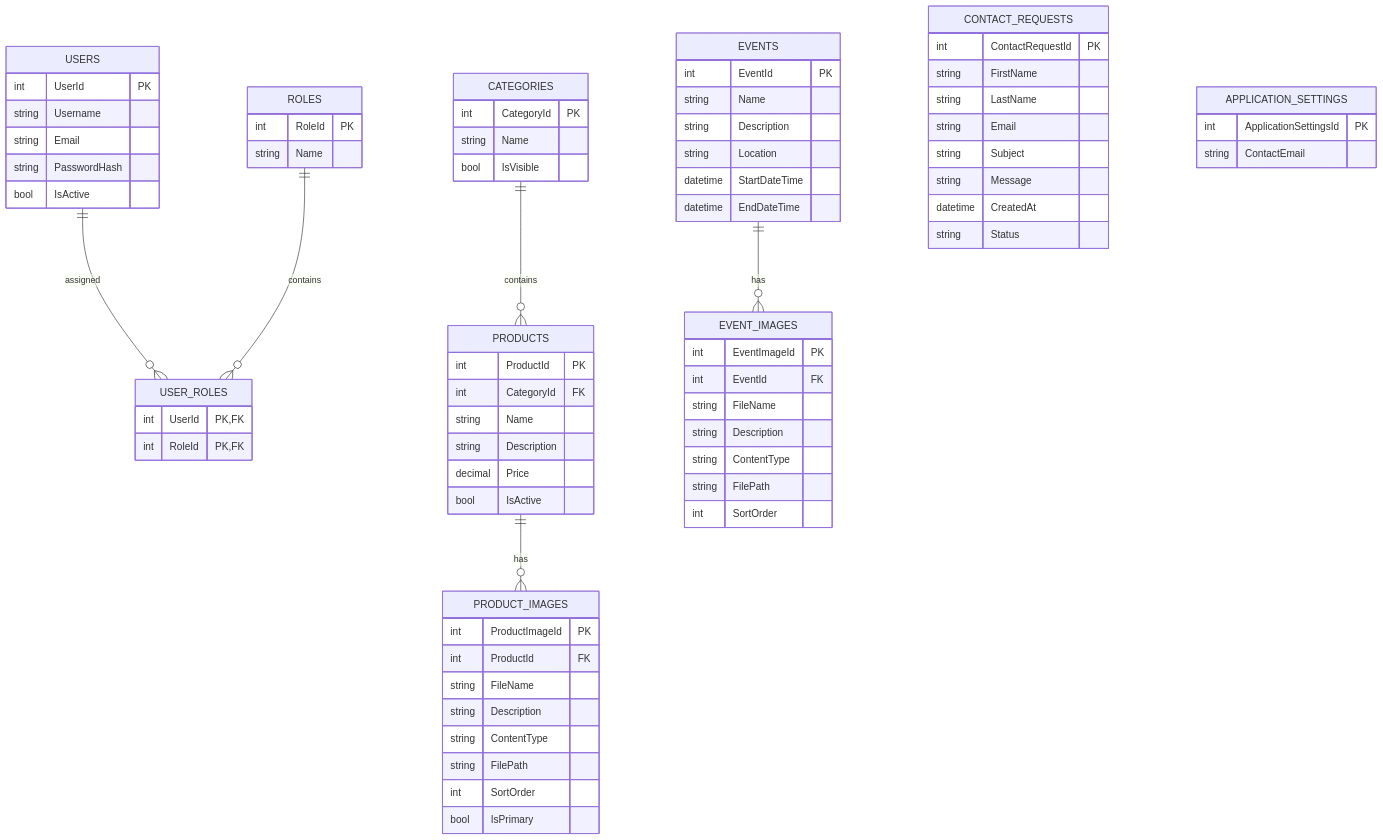
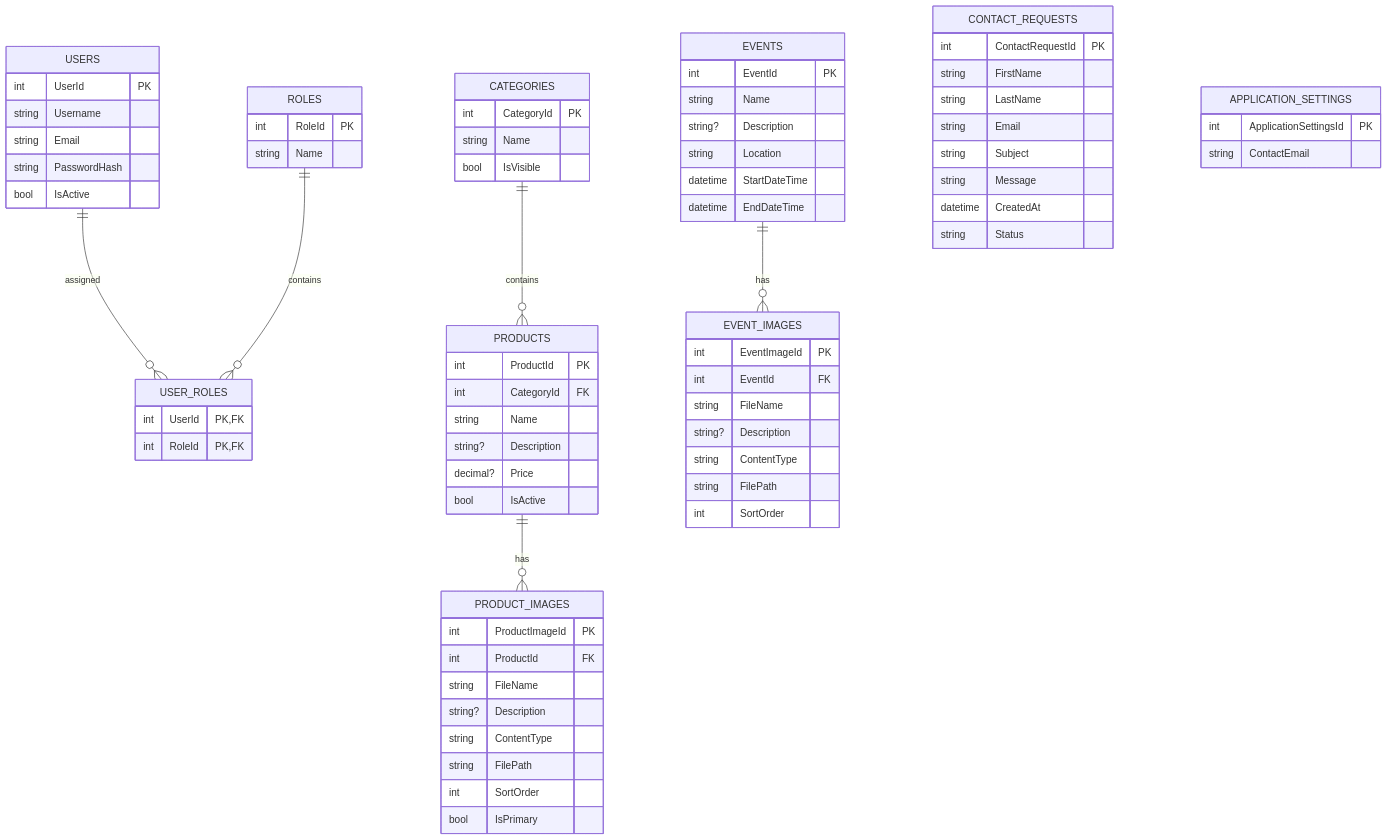
One commit to SchuelerfirmaBBS1/Webseite_Schuelerfirma_04 changed the diagram in documentation/UMLEntityRelationshipDiagramm.mmd. Above: the diagram before and after it, drawn with Mermaid.

```diff
--- a/documentation/UMLEntityRelationshipDiagramm.mmd
+++ b/documentation/UMLEntityRelationshipDiagramm.mmd
@@ -1,87 +1,87 @@
 erDiagram
 
     USERS {
         int UserId PK
         string Username
         string Email
         string PasswordHash
         bool IsActive
     }
 
     ROLES {
         int RoleId PK
         string Name
     }
 
     USER_ROLES {
         int UserId PK, FK
         int RoleId PK, FK
     }
 
     CATEGORIES {
         int CategoryId PK
         string Name
         bool IsVisible
     }
 
     PRODUCTS {
         int ProductId PK
         int CategoryId FK
         string Name
-        string Description
-        decimal Price
+        string? Description
+        decimal? Price
         bool IsActive
     }
 
     PRODUCT_IMAGES {
         int ProductImageId PK
         int ProductId FK
         string FileName
-        string Description
+        string? Description
         string ContentType
         string FilePath
         int SortOrder
         bool IsPrimary
     }
 
     EVENTS {
         int EventId PK
         string Name
-        string Description
+        string? Description
         string Location
         datetime StartDateTime
         datetime EndDateTime
     }
 
     EVENT_IMAGES {
         int EventImageId PK
         int EventId FK
         string FileName
-        string Description
+        string? Description
         string ContentType
         string FilePath
         int SortOrder
     }
 
     CONTACT_REQUESTS {
         int ContactRequestId PK
         string FirstName
         string LastName
         string Email
         string Subject
         string Message
         datetime CreatedAt
         string Status
     }
 
     APPLICATION_SETTINGS {
         int ApplicationSettingsId PK
         string ContactEmail
     }
 
     CATEGORIES ||--o{ PRODUCTS : contains
     PRODUCTS ||--o{ PRODUCT_IMAGES : has
     EVENTS ||--o{ EVENT_IMAGES : has
 
     USERS ||--o{ USER_ROLES : assigned
     ROLES ||--o{ USER_ROLES : contains
```
